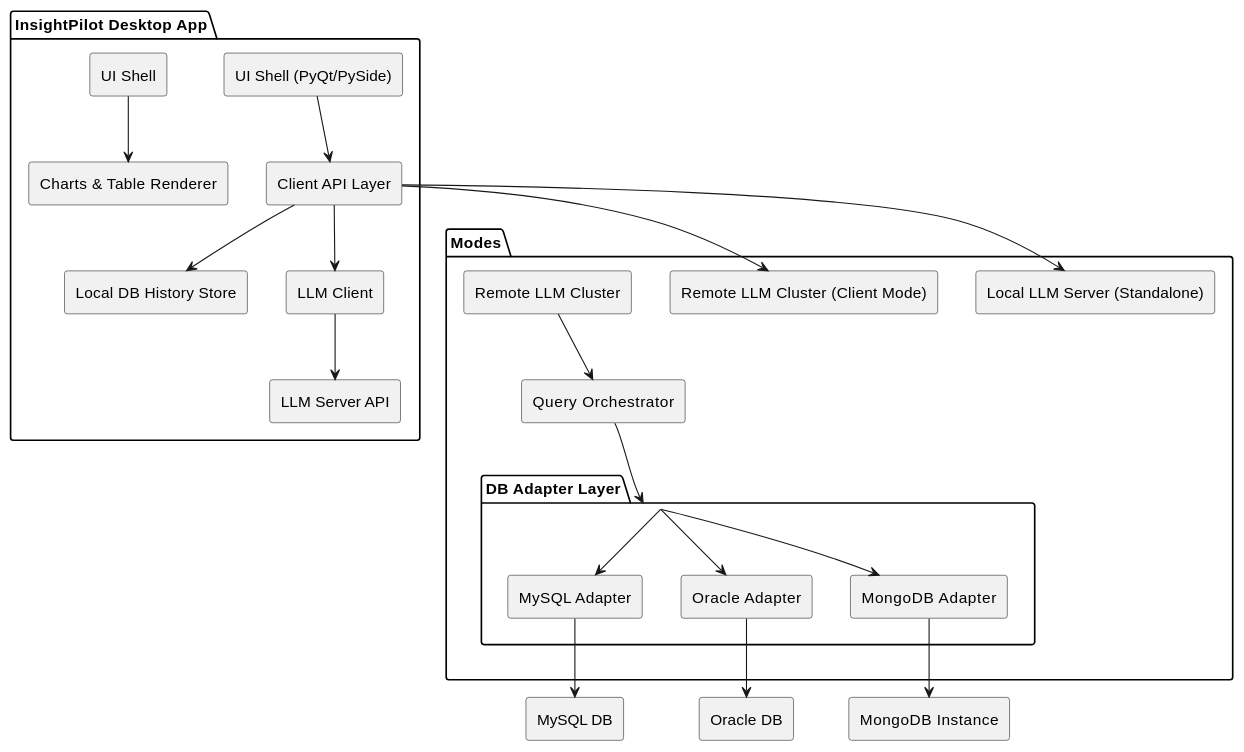
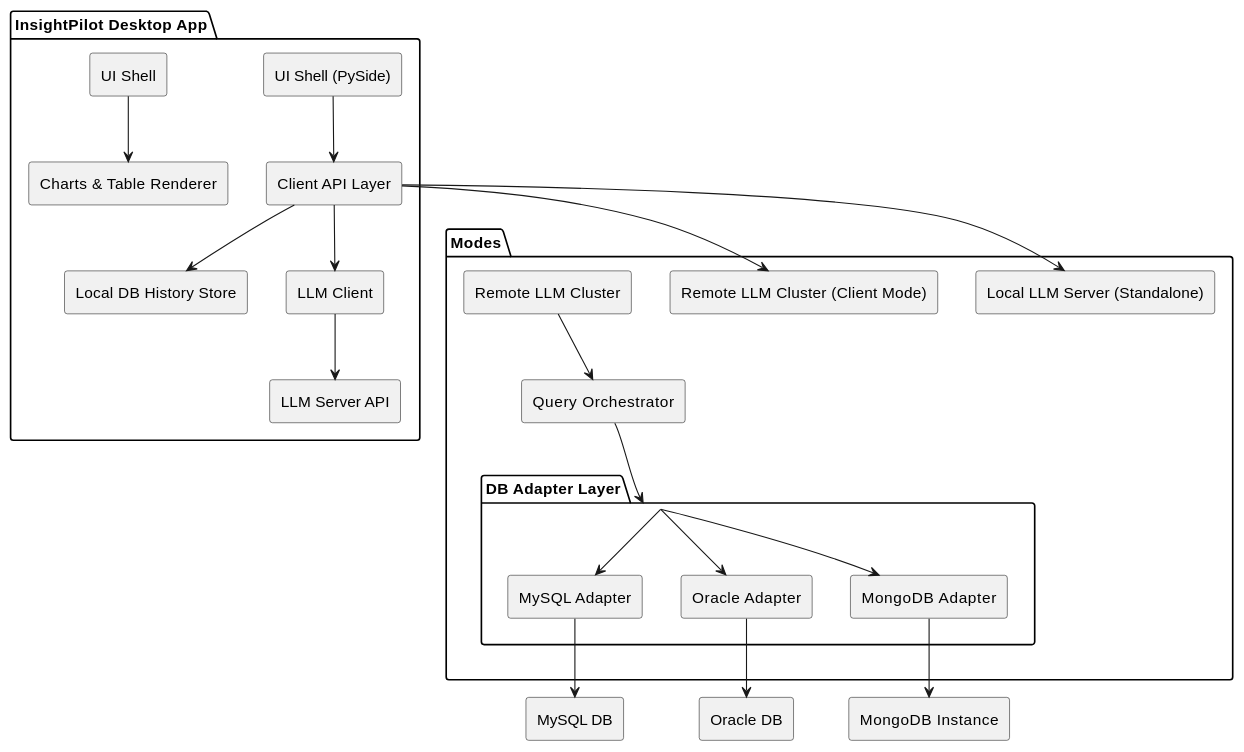
One commit to sriram980980/InsightPilot changed the diagram in README.md. Above: the diagram before and after it, drawn with PlantUML. The commit also changed other lines of this file, not shown here.

````diff
--- a/README.md
+++ b/README.md
@@ -7,32 +7,32 @@
 ```plantuml
 @startuml
 skinparam componentStyle rectangle
 
 package "InsightPilot Desktop App" {
-  [UI Shell (PyQt/PySide)] --> [Client API Layer]
+  [UI Shell (PySide)] --> [Client API Layer]
   [Client API Layer] --> [Local DB History Store]
   [Client API Layer] --> [LLM Client]
 
   [LLM Client] --> [LLM Server API]
 
   [UI Shell] --> [Charts & Table Renderer]
 }
 
 package "Modes" {
   [Client API Layer] --> [Local LLM Server (Standalone)]
   [Client API Layer] --> [Remote LLM Cluster (Client Mode)]
   [Remote LLM Cluster] --> [Query Orchestrator]
   [Query Orchestrator] --> [DB Adapter Layer]
 }
 
 package "DB Adapter Layer" {
   [DB Adapter Layer] --> [MySQL Adapter]
   [DB Adapter Layer] --> [Oracle Adapter]
   [DB Adapter Layer] --> [MongoDB Adapter]
 }
 
 [MySQL Adapter] --> [MySQL DB]
 [Oracle Adapter] --> [Oracle DB]
 [MongoDB Adapter] --> [MongoDB Instance]
 @enduml
 ```
````
